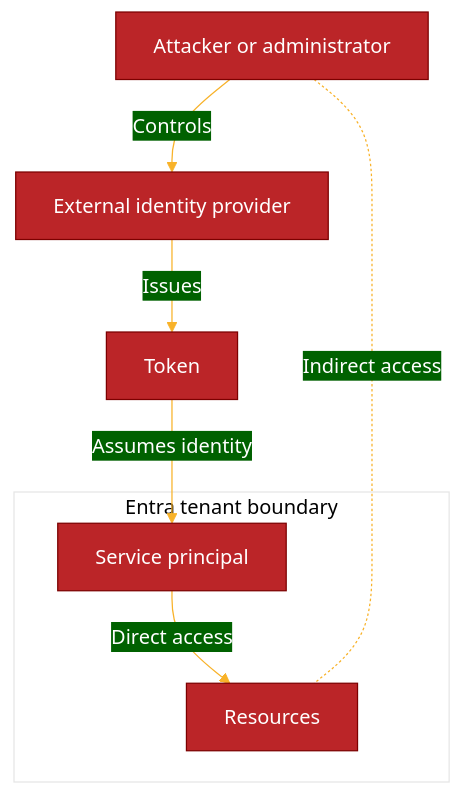
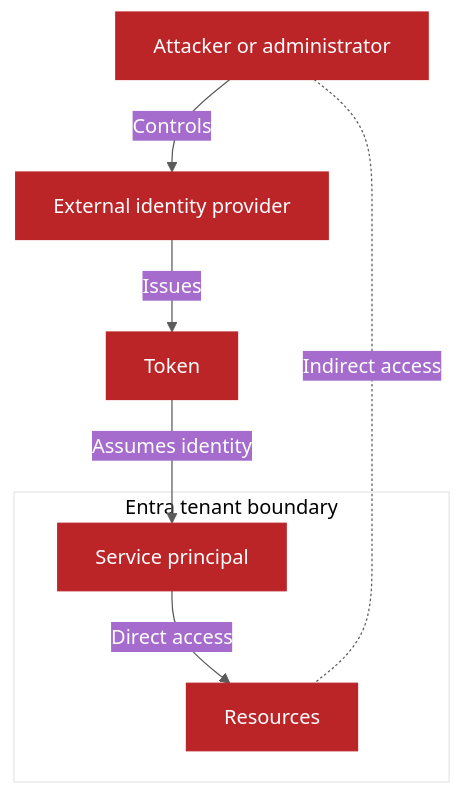
The third of 3 diagrams in _posts/2025-01-11-Workload-Identity-Federation-Hidden-Risks.md (lucas-ko/lucas-ko.github.io), drawn with Mermaid before and after one commit. The commit also changed other lines of this file, not shown here.

````diff
--- a/_posts/2025-01-11-Workload-Identity-Federation-Hidden-Risks.md
+++ b/_posts/2025-01-11-Workload-Identity-Federation-Hidden-Risks.md
@@ -94,21 +94,21 @@
 ```mermaid
 %%{
   init: {
     'theme': 'base',
     'themeVariables': {
       'primaryColor': '#BB2528',
-      'primaryTextColor': '#fff',
-      'primaryBorderColor': '#7C0000',
-      'lineColor': '#F8B229',
-      'secondaryColor': '#006100',
-      'tertiaryColor': '#fff'
+      'primaryTextColor': '#FFFF',
+      'primaryBorderColor': '#BB2528',
+      'lineColor': '#5B5B5B',
+      'secondaryColor': '#A56BCD',
+      'tertiaryColor': '#FFFF'
     }
   }
 }%%
 flowchart TD  
     A["Attacker or administrator"] -- Controls --> B["External identity provider"] -- Issues --> C[Token] -- Assumes identity --> D["Service principal"]
 subgraph TB ["Entra tenant boundary"]
        D["Service principal"] -- Direct access --> E[Resources]
 end
 A -. Indirect access .- E
 ```
````
